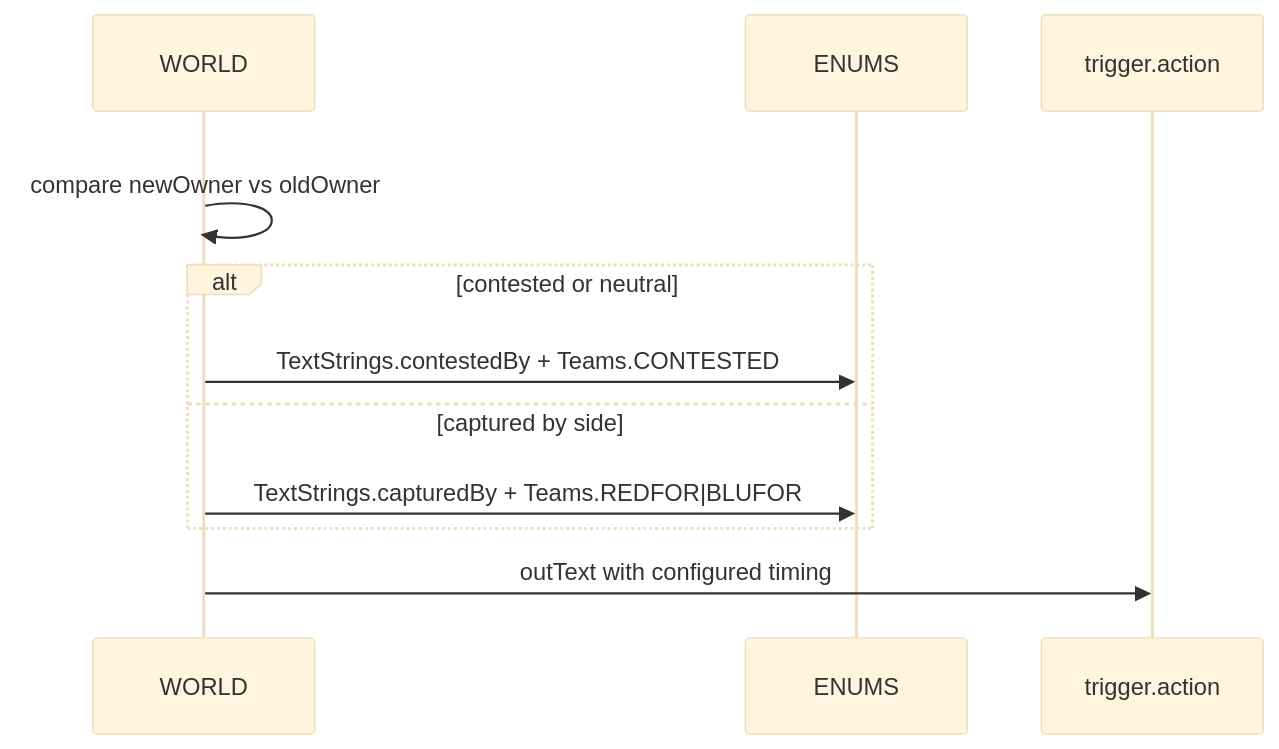
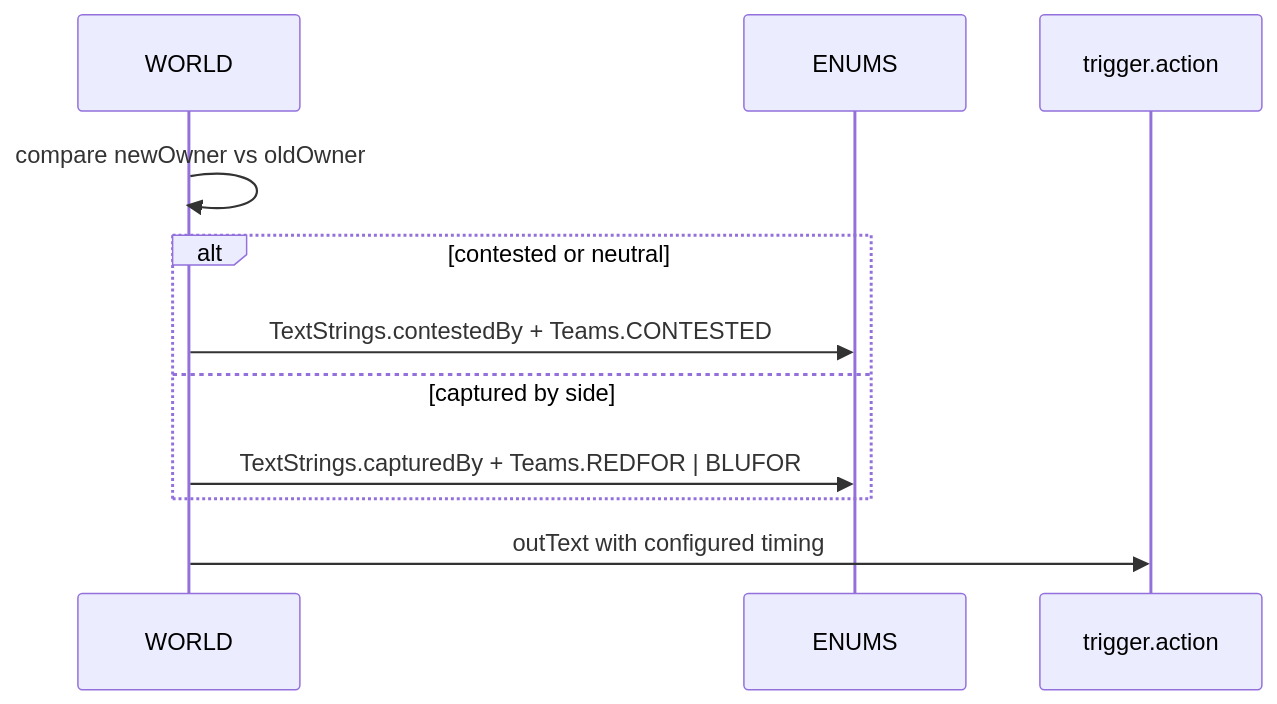
Before and after one commit to Gh0st352/AETHR: the third of 3 diagrams in docs/enums/coalition_and_text.md, drawn with Mermaid. The commit also changed other lines of this file and 7 other files, not shown here.

First line of the commit message:
docs(enums): normalize Mermaid labels and formatting

````diff
--- a/docs/enums/coalition_and_text.md
+++ b/docs/enums/coalition_and_text.md
@@ -95,17 +78,15 @@
 ```mermaid
-%%{init: {"theme":"base"}}%%
+%% shared theme: docs/_mermaid/theme.json %%
 sequenceDiagram
   participant W as WORLD
   participant EN as ENUMS
   participant T as trigger.action
 
-  rect rgba(255, 255, 255, 0.75)
-    W->>W: compare newOwner vs oldOwner
-    alt contested or neutral
-      W->>EN: TextStrings.contestedBy + Teams.CONTESTED
-    else captured by side
-      W->>EN: TextStrings.capturedBy + Teams.REDFOR|BLUFOR
-    end
-    W->>T: outText with configured timing
+  W->>W: compare newOwner vs oldOwner
+  alt contested or neutral
+    W->>EN: TextStrings.contestedBy + Teams.CONTESTED
+  else captured by side
+    W->>EN: TextStrings.capturedBy + Teams.REDFOR | BLUFOR
   end
+  W->>T: outText with configured timing
 ```
````
